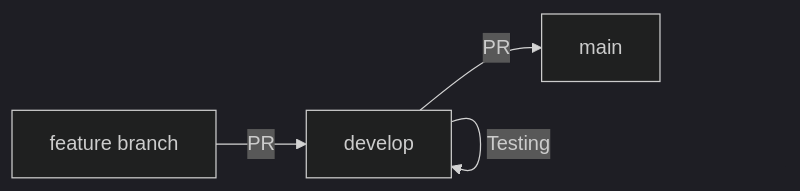
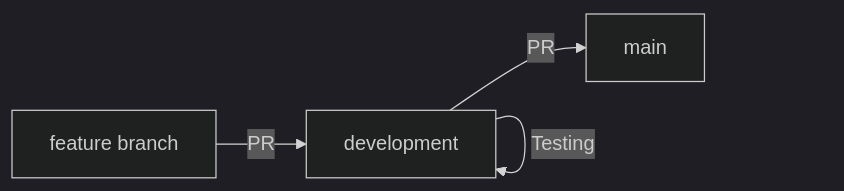
One commit to Alizaki22/trust-aware-cyber-defense changed the diagram in docs/DEVELOPMENT_GUIDE.md. Above: the diagram before and after it, drawn with Mermaid (dark theme). The commit also changed other lines of this file and 6 other files, not shown here.

````diff
--- a/docs/DEVELOPMENT_GUIDE.md
+++ b/docs/DEVELOPMENT_GUIDE.md
@@ -243,6 +243,6 @@
 ```mermaid
 flowchart LR
-    A["feature branch"] -->|PR| B["develop"]
+    A["feature branch"] -->|PR| B["development"]
     B -->|Testing| B
     B -->|PR| C["main"]
 ```
````
